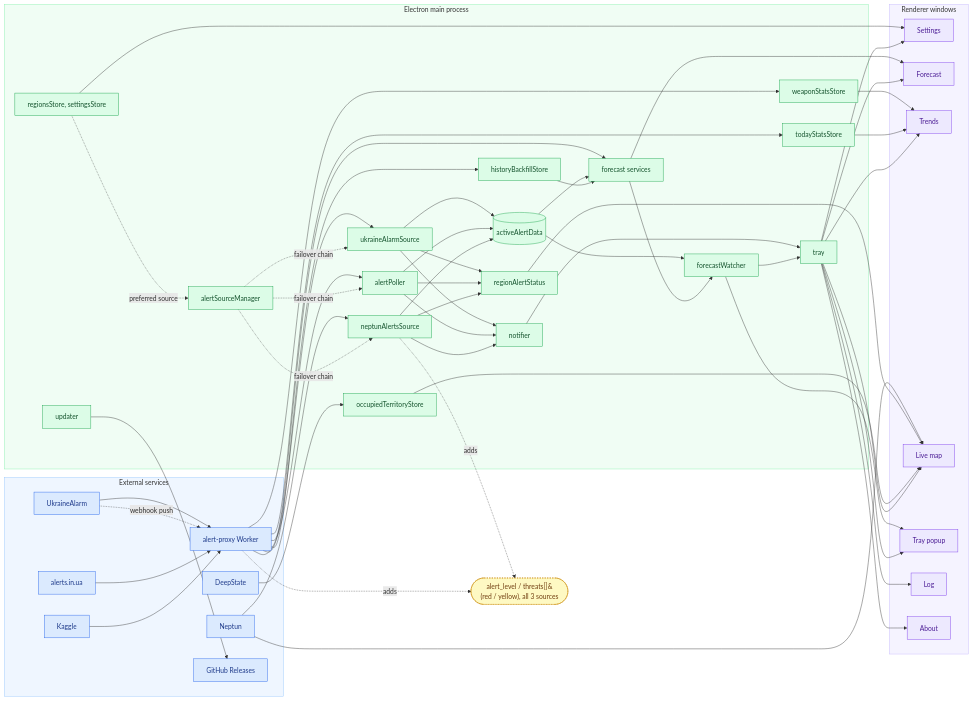
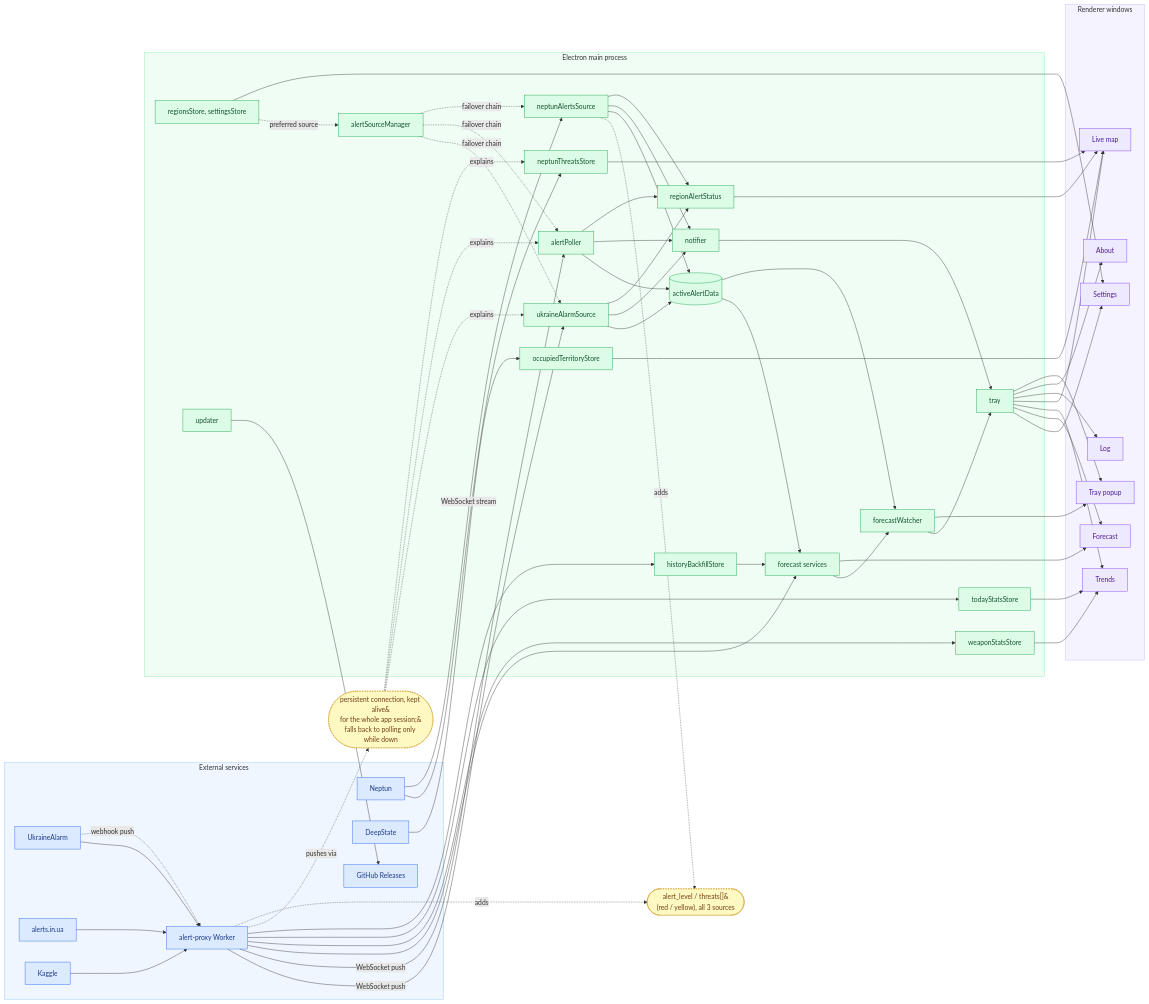
One commit to sergeiown/Alert_Server changed the diagram in docs/diagrams/architecture-en.mmd. Above: the diagram before and after it, drawn with Mermaid. The commit also changed 3 other files, not shown here.

Commit message:
Update architecture diagrams for the WebSocket push migration

```diff
--- a/docs/diagrams/architecture-en.mmd
+++ b/docs/diagrams/architecture-en.mmd
@@ -1,111 +1,119 @@
 flowchart LR
     subgraph ext[External services]
         ukrainealarm[UkraineAlarm]
         api[alerts.in.ua]
         proxy[alert-proxy Worker]
         neptun[Neptun]
         deepstate[DeepState]
         kaggle[Kaggle]
         gh[GitHub Releases]
     end
 
     subgraph main[Electron main process]
         sourceManager[alertSourceManager]
         uaSource[ukraineAlarmSource]
         poller[alertPoller]
         altSource[neptunAlertsSource]
+        threatsStore[neptunThreatsStore]
         activeData[(activeAlertData)]
         notifier[notifier]
         regionStatus[regionAlertStatus]
         todayStats[todayStatsStore]
         historyBackfill[historyBackfillStore]
         occupied[occupiedTerritoryStore]
         forecast[forecast services]
         watcher[forecastWatcher]
         weaponStats[weaponStatsStore]
         tray[tray]
         stores[regionsStore, settingsStore]
         updater[updater]
     end
 
     subgraph win[Renderer windows]
         settingsWin[Settings]
         forecastWin[Forecast]
         trendsWin[Trends]
         liveMapWin[Live map]
         popup[Tray popup]
         logWin[Log]
         aboutWin[About]
     end
 
     ukrainealarm --> proxy
     ukrainealarm -. webhook push .-> proxy
     api --> proxy
     kaggle --> proxy
-    proxy --> uaSource
-    proxy --> poller
+    proxy -->|WebSocket push| uaSource
+    proxy -->|WebSocket push| poller
     proxy --> forecast
     proxy --> weaponStats
     proxy --> todayStats
     proxy --> historyBackfill
     deepstate --> occupied
-    neptun --> liveMapWin
+    neptun -->|WebSocket stream| threatsStore
     neptun --> altSource
+
+    pushNote(["persistent connection, kept alive&#10;for the whole app session;&#10;falls back to polling only while down"])
+    proxy -. pushes via .-> pushNote
+    pushNote -. explains .-> uaSource
+    pushNote -. explains .-> poller
+    pushNote -. explains .-> threatsStore
 
     levelNote(["alert_level / threats[]&#10;(red / yellow), all 3 sources"])
     proxy -. adds .-> levelNote
     altSource -. adds .-> levelNote
 
     stores -. preferred source .-> sourceManager
     sourceManager -. failover chain .-> uaSource
     sourceManager -. failover chain .-> poller
     sourceManager -. failover chain .-> altSource
     uaSource --> activeData
     poller --> activeData
     altSource --> activeData
     uaSource --> notifier
     poller --> notifier
     altSource --> notifier
     uaSource --> regionStatus
     poller --> regionStatus
     altSource --> regionStatus
     notifier --> tray
 
     activeData --> forecast
     activeData --> watcher
     historyBackfill --> forecast
     forecast --> watcher
     watcher --> tray
     watcher --> popup
 
     regionStatus --> liveMapWin
+    threatsStore --> liveMapWin
     occupied --> liveMapWin
     weaponStats --> trendsWin
     todayStats --> trendsWin
 
     stores --> settingsWin
     forecast --> forecastWin
 
     tray --> settingsWin
     tray --> forecastWin
     tray --> trendsWin
     tray --> liveMapWin
     tray --> logWin
     tray --> aboutWin
     tray --> popup
 
     updater --> gh
 
     classDef extNode fill:#dbeafe,stroke:#2563eb,color:#1e3a8a
     classDef mainNode fill:#dcfce7,stroke:#16a34a,color:#14532d
     classDef winNode fill:#ede9fe,stroke:#7c3aed,color:#4c1d95
     classDef noteNode fill:#fef9c3,stroke:#ca8a04,color:#713f12,stroke-dasharray:3 3
 
     class ukrainealarm,api,proxy,neptun,deepstate,kaggle,gh extNode
-    class sourceManager,uaSource,poller,altSource,activeData,notifier,regionStatus,todayStats,historyBackfill,occupied,forecast,watcher,weaponStats,tray,stores,updater mainNode
+    class sourceManager,uaSource,poller,altSource,threatsStore,activeData,notifier,regionStatus,todayStats,historyBackfill,occupied,forecast,watcher,weaponStats,tray,stores,updater mainNode
     class settingsWin,forecastWin,trendsWin,liveMapWin,popup,logWin,aboutWin winNode
-    class levelNote noteNode
+    class levelNote,pushNote noteNode
 
     style ext fill:#eff6ff,stroke:#93c5fd
     style main fill:#f0fdf4,stroke:#86efac
     style win fill:#f5f3ff,stroke:#c4b5fd
```
